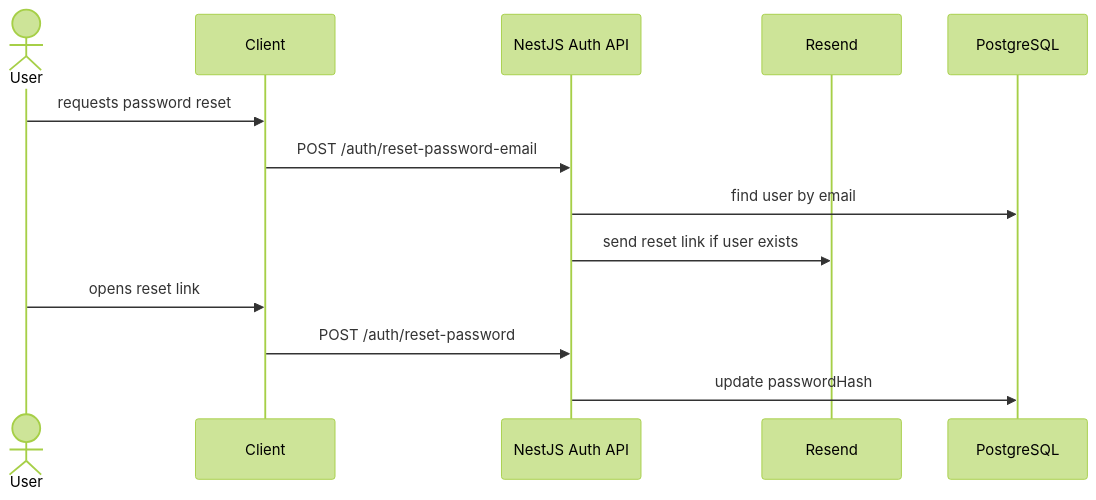
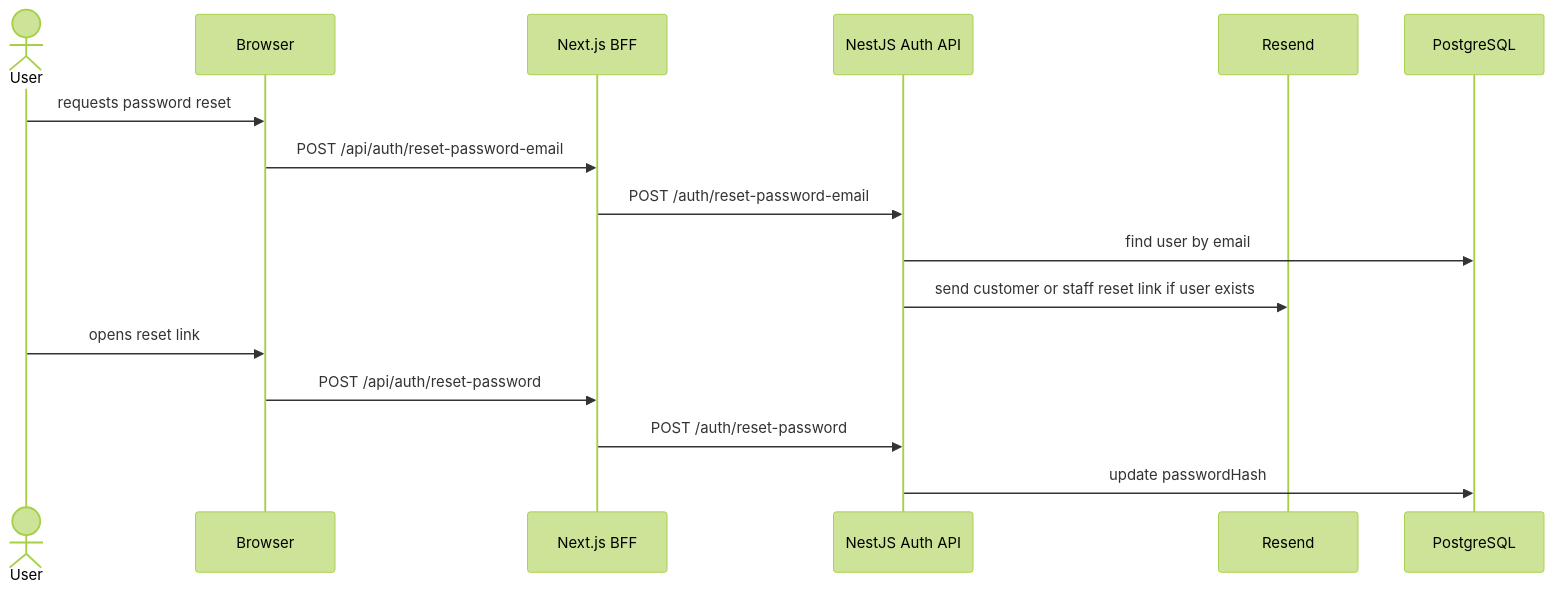
Diagram 12 of 12 in Authentication Flows.md (Erics-Barbers/erics-barbers-docs), drawn with Mermaid (forest theme) before and after one commit. The commit also changed other lines of this file and 14 other files, not shown here.

````diff
--- a/Authentication Flows.md
+++ b/Authentication Flows.md
@@ -624,16 +662,19 @@
 ```mermaid
 sequenceDiagram
     actor User
-    participant Client
+    participant Browser
+    participant NextReset as Next.js BFF
     participant NestAuth as NestJS Auth API
     participant Email as Resend
     participant DB as PostgreSQL
 
-    User->>Client: requests password reset
-    Client->>NestAuth: POST /auth/reset-password-email
+    User->>Browser: requests password reset
+    Browser->>NextReset: POST /api/auth/reset-password-email
+    NextReset->>NestAuth: POST /auth/reset-password-email
     NestAuth->>DB: find user by email
-    NestAuth->>Email: send reset link if user exists
-    User->>Client: opens reset link
-    Client->>NestAuth: POST /auth/reset-password
+    NestAuth->>Email: send customer or staff reset link if user exists
+    User->>Browser: opens reset link
+    Browser->>NextReset: POST /api/auth/reset-password
+    NextReset->>NestAuth: POST /auth/reset-password
     NestAuth->>DB: update passwordHash
 ```
````
